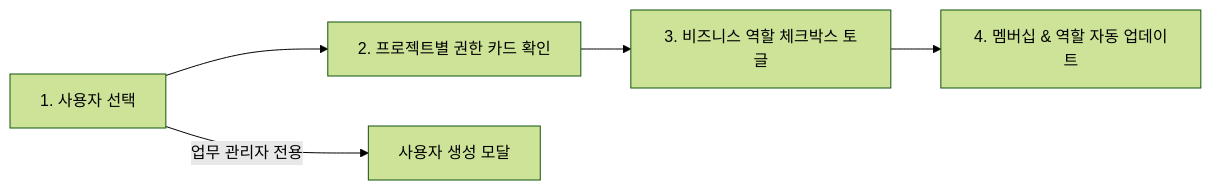
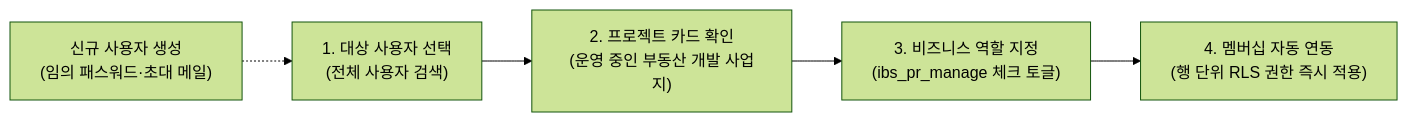
Before and after one commit to nc2U/ibs: the diagram in app/vue/docs/authority/manage.md, drawn with Mermaid (forest theme). The commit also changed other lines of this file and 8 other files, not shown here.

````diff
--- a/app/vue/docs/authority/manage.md
+++ b/app/vue/docs/authority/manage.md
@@ -22,7 +16,7 @@
 ```mermaid
 flowchart LR
-    A["1. 사용자 선택"] --> B["2. 프로젝트별 권한 카드 확인"]
-    B --> C["3. 비즈니스 역할 체크박스 토글"]
-    C --> D["4. 멤버십 & 역할 자동 업데이트"]
-    A -- " 업무 관리자 전용 " --> E["사용자 생성 모달"]
+    A["1. 대상 사용자 선택<br/>(전체 사용자 검색)"] --> B["2. 프로젝트 카드 확인<br/>(운영 중인 부동산 개발 사업지)"]
+    C["신규 사용자 생성<br/>(임의 패스워드·초대 메일)"] -.-> A
+    B --> D["3. 비즈니스 역할 지정<br/>(ibs_pr_manage 체크 토글)"]
+    D --> E["4. 멤버십 자동 연동<br/>(행 단위 RLS 권한 즉시 적용)"]
 ```
````
